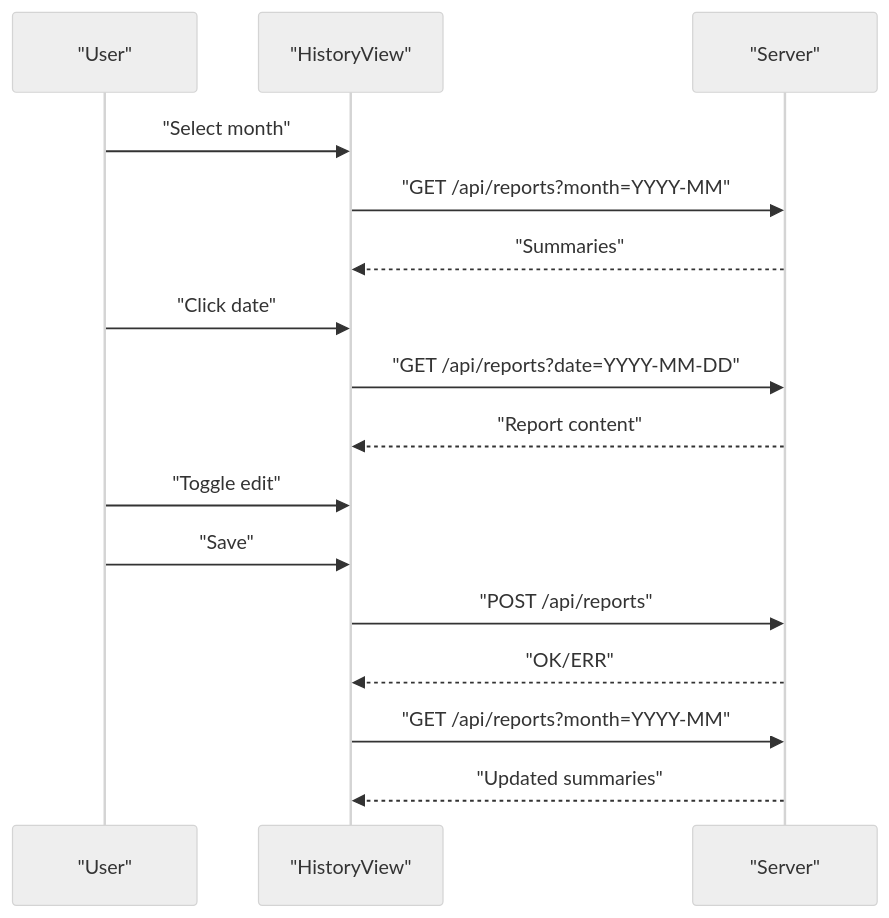
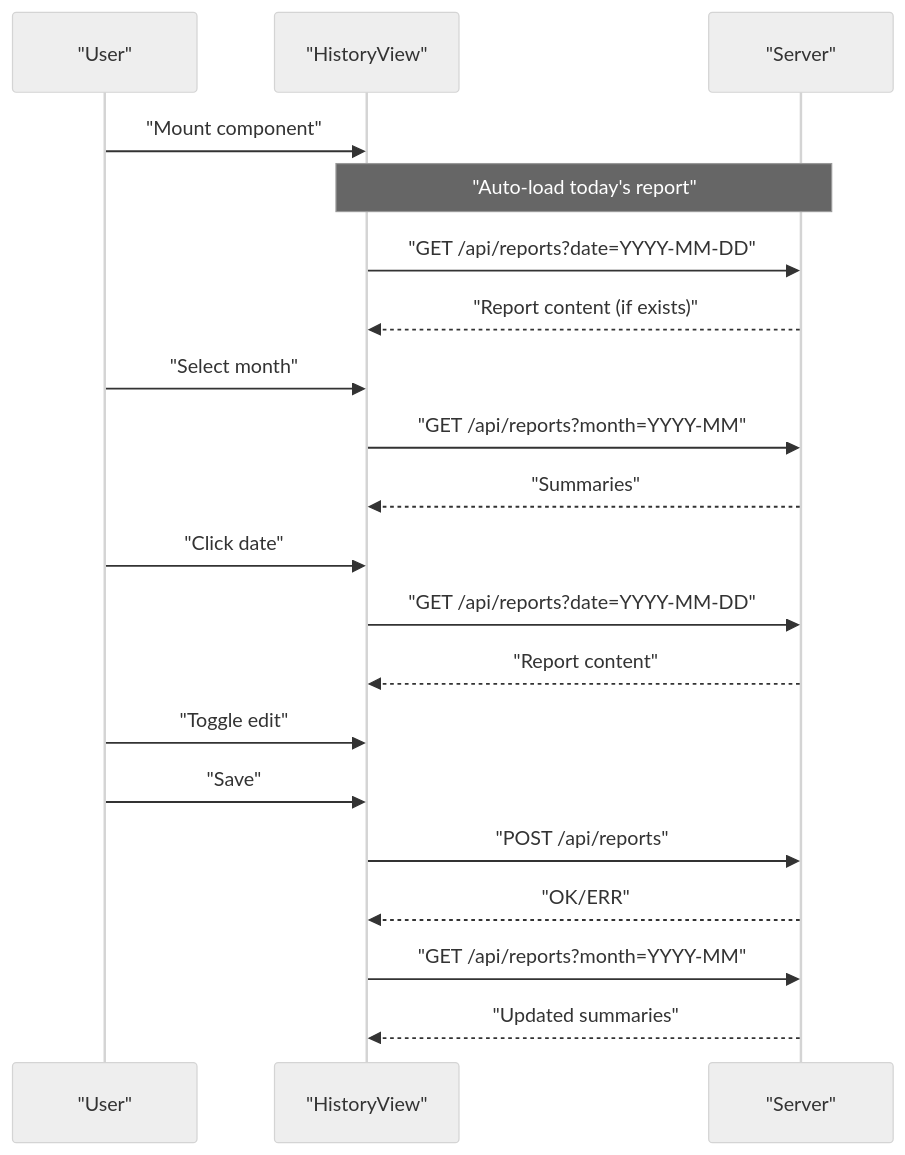
The fourth of 8 diagrams in .qoder/repowiki/en/content/Frontend Components/State Management Patterns.md (jrj444/git-daily), drawn with Mermaid (neutral theme) before and after one commit. The commit also changed other lines of this file and 4 other files, not shown here.

````diff
--- a/.qoder/repowiki/en/content/Frontend Components/State Management Patterns.md
+++ b/.qoder/repowiki/en/content/Frontend Components/State Management Patterns.md
@@ -206,18 +214,22 @@
 ```mermaid
 sequenceDiagram
 participant U as "User"
 participant HV as "HistoryView"
 participant S as "Server"
+U->>HV : "Mount component"
+Note over HV,S : "Auto-load today's report"
+HV->>S : "GET /api/reports?date=YYYY-MM-DD"
+S-->>HV : "Report content (if exists)"
 U->>HV : "Select month"
 HV->>S : "GET /api/reports?month=YYYY-MM"
 S-->>HV : "Summaries"
 U->>HV : "Click date"
 HV->>S : "GET /api/reports?date=YYYY-MM-DD"
 S-->>HV : "Report content"
 U->>HV : "Toggle edit"
 U->>HV : "Save"
 HV->>S : "POST /api/reports"
 S-->>HV : "OK/ERR"
 HV->>S : "GET /api/reports?month=YYYY-MM"
 S-->>HV : "Updated summaries"
 ```
````
